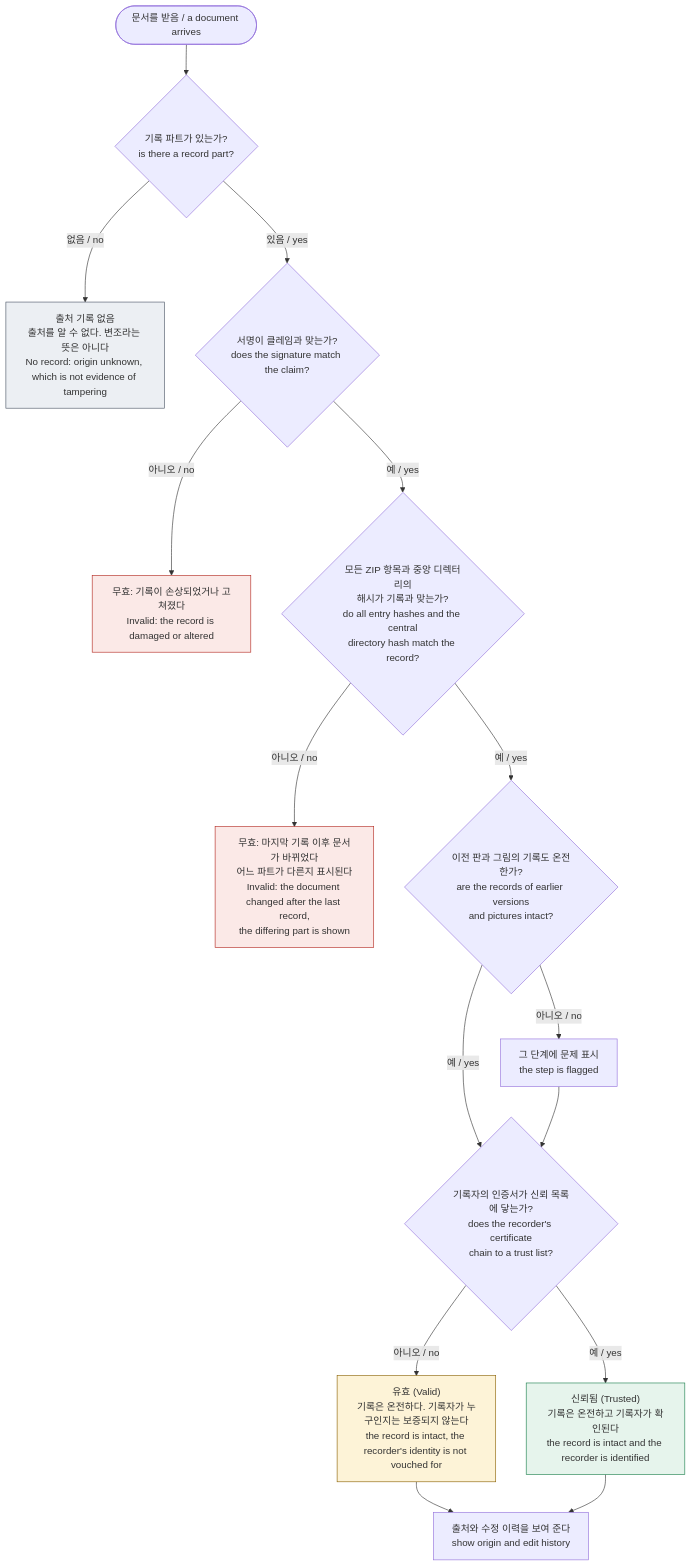
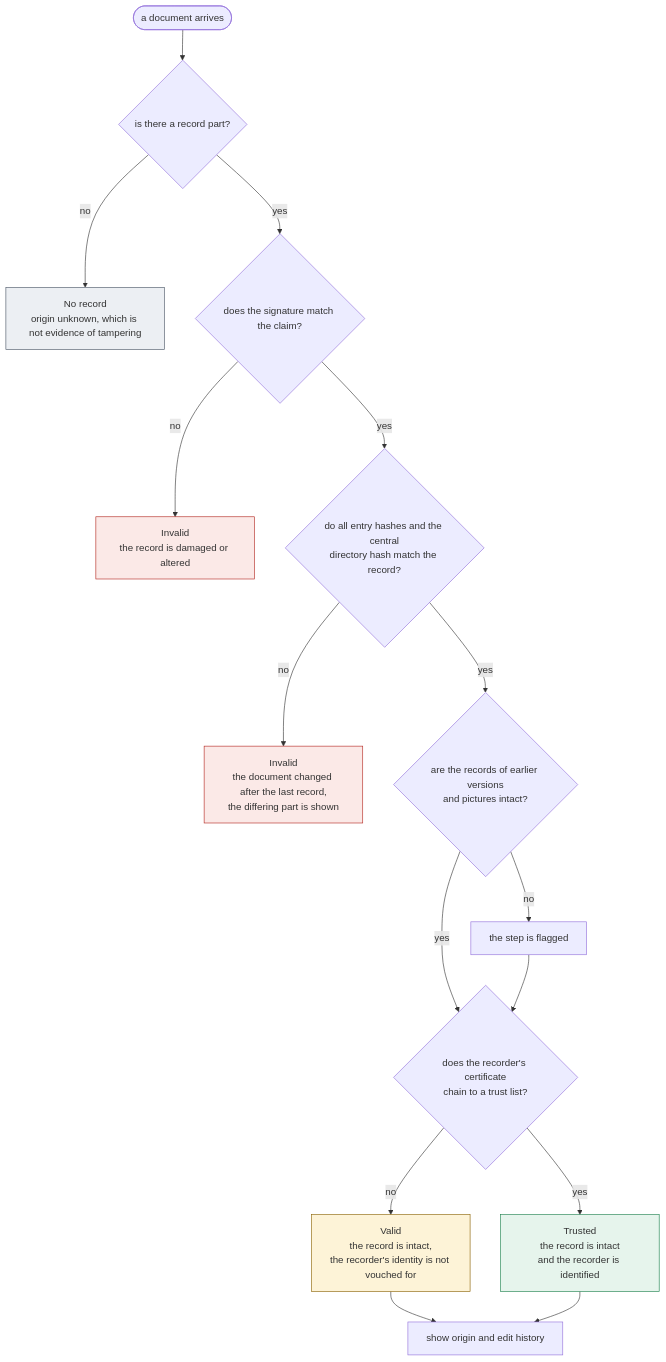
Before and after one commit to speeno/hwpx-c2pa: the fifth of 5 diagrams in docs/how-it-works.md, drawn with Mermaid. The commit also changed other lines of this file and 9 other files, not shown here.

````diff
--- a/docs/how-it-works.md
+++ b/docs/how-it-works.md
@@ -159,22 +145,22 @@
 ```mermaid
 flowchart TB
-  START(["문서를 받음 / a document arrives"]) --> Q1{"기록 파트가 있는가?<br/>is there a record part?"}
-  Q1 -- "없음 / no" --> R0["출처 기록 없음<br/>출처를 알 수 없다. 변조라는 뜻은 아니다<br/>No record: origin unknown, which is not evidence of tampering"]
-  Q1 -- "있음 / yes" --> Q2{"서명이 클레임과 맞는가?<br/>does the signature match the claim?"}
-  Q2 -- "아니오 / no" --> RX["무효: 기록이 손상되었거나 고쳐졌다<br/>Invalid: the record is damaged or altered"]
-  Q2 -- "예 / yes" --> Q3{"모든 ZIP 항목과 중앙 디렉터리의<br/>해시가 기록과 맞는가?<br/>do all entry hashes and the central<br/>directory hash match the record?"}
-  Q3 -- "아니오 / no" --> RY["무효: 마지막 기록 이후 문서가 바뀌었다<br/>어느 파트가 다른지 표시된다<br/>Invalid: the document changed after the last record,<br/>the differing part is shown"]
-  Q3 -- "예 / yes" --> Q4{"이전 판과 그림의 기록도 온전한가?<br/>are the records of earlier versions<br/>and pictures intact?"}
-  Q4 -- "아니오 / no" --> RZ["그 단계에 문제 표시<br/>the step is flagged"]
-  Q4 -- "예 / yes" --> Q5{"기록자의 인증서가 신뢰 목록에 닿는가?<br/>does the recorder's certificate<br/>chain to a trust list?"}
+  START(["a document arrives"]) --> Q1{"is there a record part?"}
+  Q1 -- "no" --> R0["No record<br/>origin unknown, which is not evidence of tampering"]
+  Q1 -- "yes" --> Q2{"does the signature match the claim?"}
+  Q2 -- "no" --> RX["Invalid<br/>the record is damaged or altered"]
+  Q2 -- "yes" --> Q3{"do all entry hashes and the central<br/>directory hash match the record?"}
+  Q3 -- "no" --> RY["Invalid<br/>the document changed after the last record,<br/>the differing part is shown"]
+  Q3 -- "yes" --> Q4{"are the records of earlier versions<br/>and pictures intact?"}
+  Q4 -- "no" --> RZ["the step is flagged"]
+  Q4 -- "yes" --> Q5{"does the recorder's certificate<br/>chain to a trust list?"}
   RZ --> Q5
-  Q5 -- "아니오 / no" --> RV["유효 (Valid)<br/>기록은 온전하다. 기록자가 누구인지는 보증되지 않는다<br/>the record is intact, the recorder's identity is not vouched for"]
-  Q5 -- "예 / yes" --> RT["신뢰됨 (Trusted)<br/>기록은 온전하고 기록자가 확인된다<br/>the record is intact and the recorder is identified"]
-  RV --> OUT["출처와 수정 이력을 보여 준다<br/>show origin and edit history"]
+  Q5 -- "no" --> RV["Valid<br/>the record is intact,<br/>the recorder's identity is not vouched for"]
+  Q5 -- "yes" --> RT["Trusted<br/>the record is intact<br/>and the recorder is identified"]
+  RV --> OUT["show origin and edit history"]
   RT --> OUT
   style RT fill:#e6f4ec,stroke:#1a7f4b
   style RV fill:#fdf3d7,stroke:#8a6100
   style RX fill:#fbe9e7,stroke:#b3261e
   style RY fill:#fbe9e7,stroke:#b3261e
   style R0 fill:#eceff3,stroke:#4a5565
 ```
````
